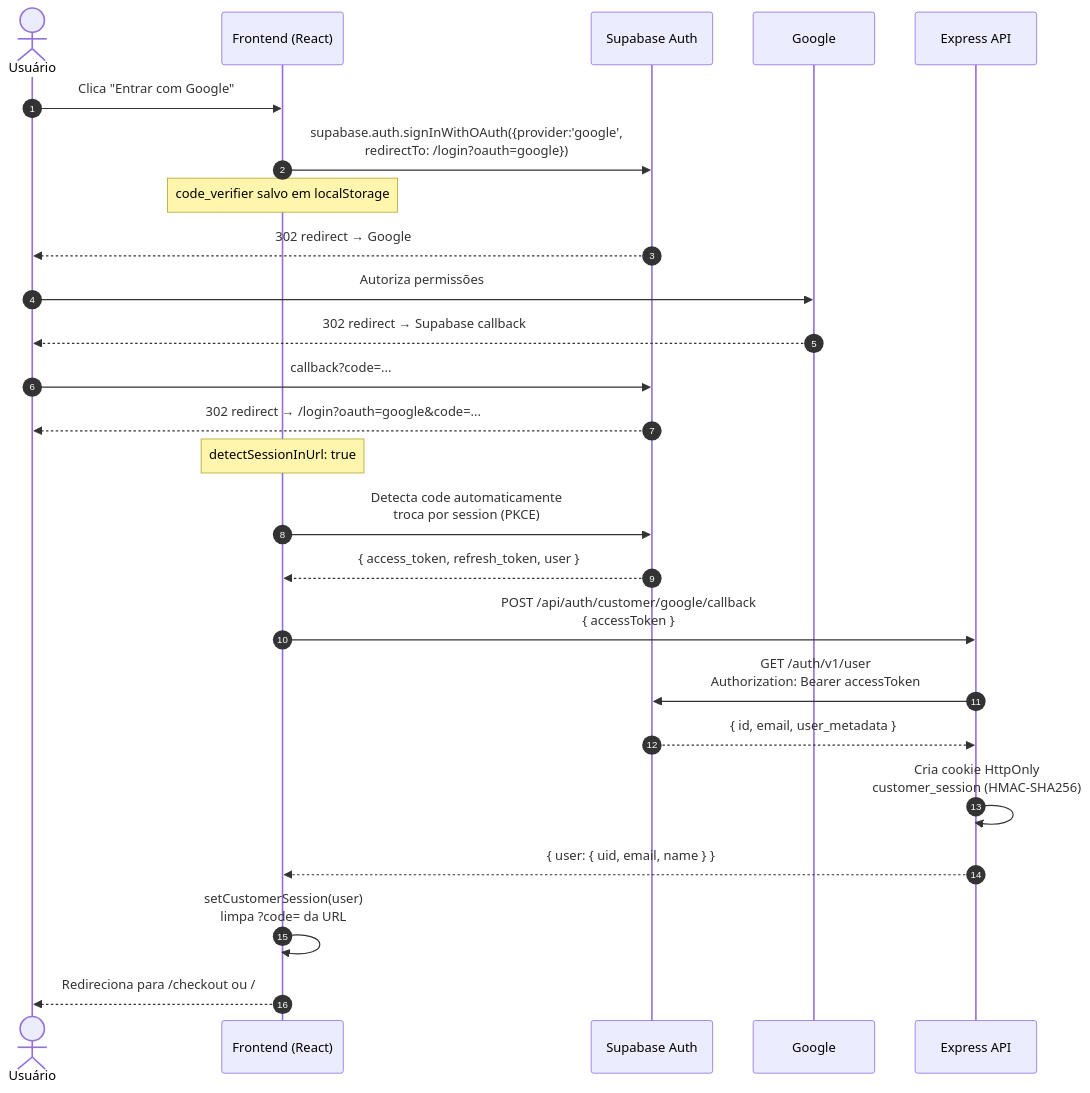
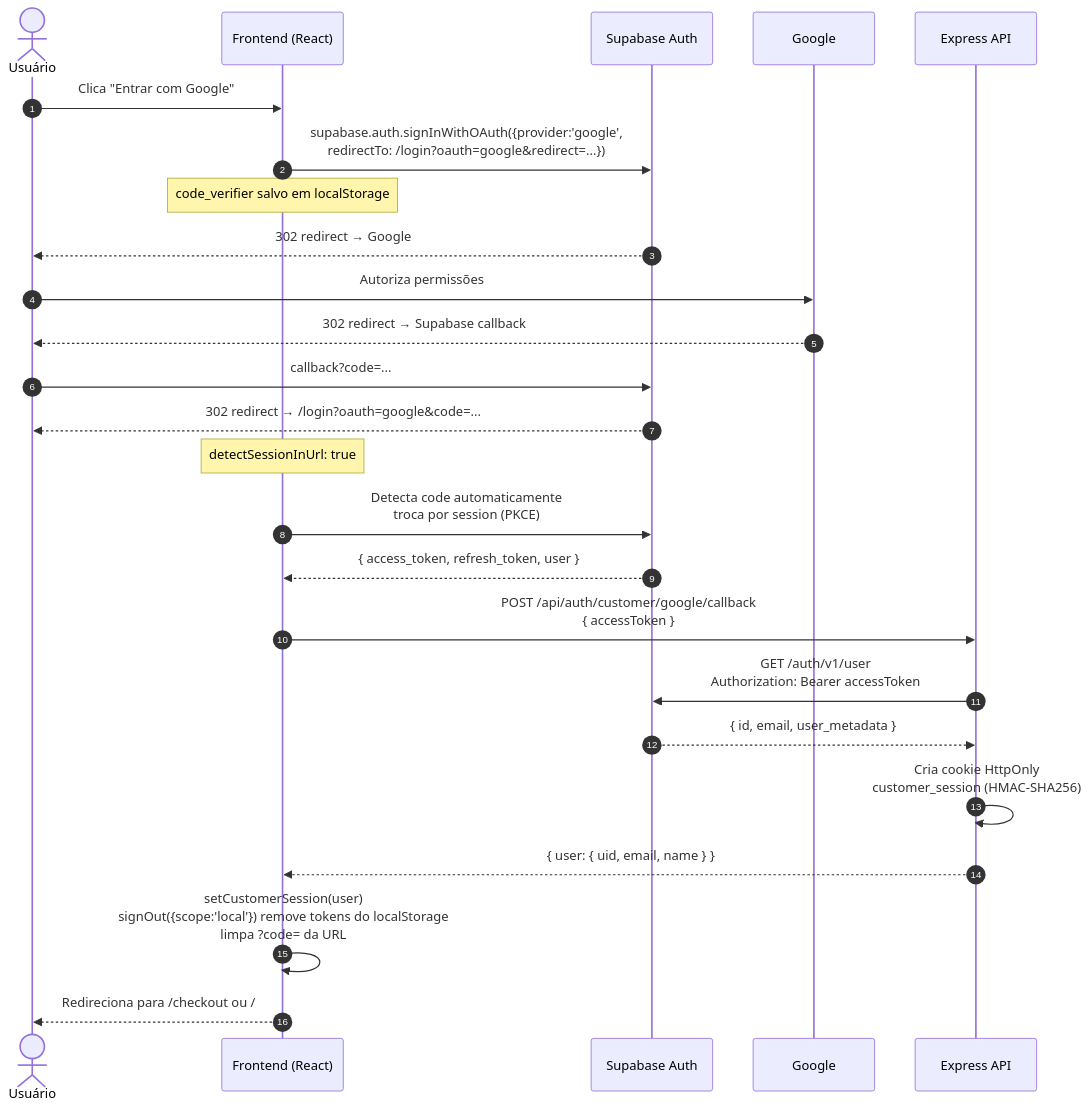
One commit to JoaoLuisC/Atelie-escolar changed the second of 10 diagrams in docs/ProjectDocs/05-FLUXOS.md. Above: the diagram before and after it, drawn with Mermaid. The commit also changed other lines of this file and 158 other files, not shown here.

````diff
--- a/docs/ProjectDocs/05-FLUXOS.md
+++ b/docs/ProjectDocs/05-FLUXOS.md
@@ -51,28 +51,28 @@
 ```mermaid
 sequenceDiagram
     autonumber
     actor U as Usuário
     participant FE as Frontend (React)
     participant SB as Supabase Auth
     participant G as Google
     participant API as Express API
 
     U->>FE: Clica "Entrar com Google"
-    FE->>SB: supabase.auth.signInWithOAuth({provider:'google',<br/>redirectTo: /login?oauth=google})
+    FE->>SB: supabase.auth.signInWithOAuth({provider:'google',<br/>redirectTo: /login?oauth=google&redirect=...})
     Note over FE: code_verifier salvo em localStorage
     SB-->>U: 302 redirect → Google
     U->>G: Autoriza permissões
     G-->>U: 302 redirect → Supabase callback
     U->>SB: callback?code=...
     SB-->>U: 302 redirect → /login?oauth=google&code=...
     Note over FE: detectSessionInUrl: true
     FE->>SB: Detecta code automaticamente<br/>troca por session (PKCE)
     SB-->>FE: { access_token, refresh_token, user }
     FE->>API: POST /api/auth/customer/google/callback<br/>{ accessToken }
     API->>SB: GET /auth/v1/user<br/>Authorization: Bearer accessToken
     SB-->>API: { id, email, user_metadata }
     API->>API: Cria cookie HttpOnly<br/>customer_session (HMAC-SHA256)
     API-->>FE: { user: { uid, email, name } }
-    FE->>FE: setCustomerSession(user)<br/>limpa ?code= da URL
+    FE->>FE: setCustomerSession(user)<br/>signOut({scope:'local'}) remove tokens do localStorage<br/>limpa ?code= da URL
     FE-->>U: Redireciona para /checkout ou /
 ```
````
